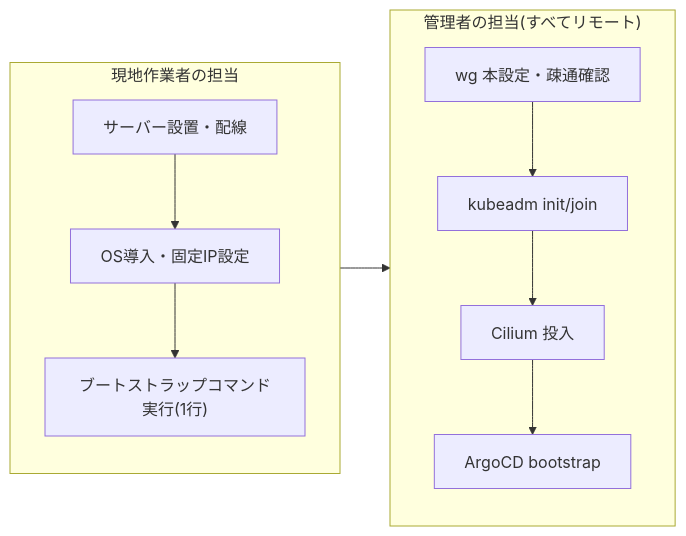
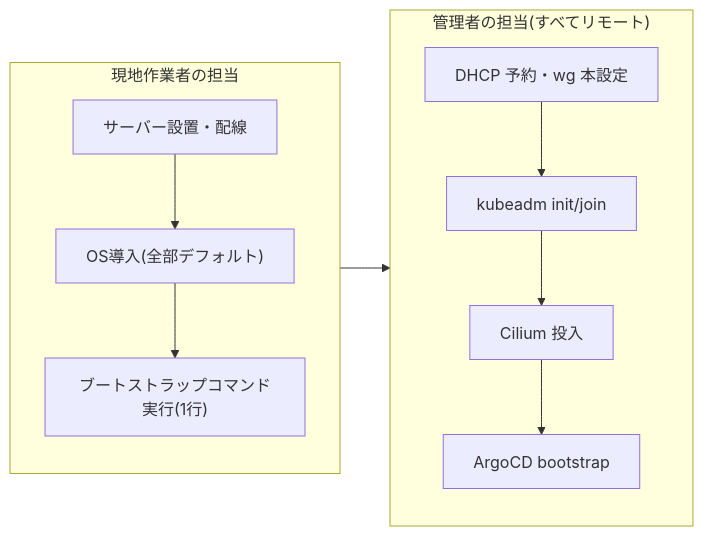
Before and after one commit to morinoparty/moripa-infra: the second of 2 diagrams in docs/content/docs/admin/index.mdx, drawn with Mermaid. The commit also changed other lines of this file and 15 other files, not shown here.

````diff
--- a/docs/content/docs/admin/index.mdx
+++ b/docs/content/docs/admin/index.mdx
@@ -39,10 +40,10 @@
 ```mermaid
 flowchart LR
     subgraph onsite["現地作業者の担当"]
-        H["サーバー設置・配線"] --> I["OS導入・固定IP設定"] --> J["ブートストラップコマンド実行(1行)"]
+        H["サーバー設置・配線"] --> I["OS導入(全部デフォルト)"] --> J["ブートストラップコマンド実行(1行)"]
     end
     subgraph remote["管理者の担当(すべてリモート)"]
-        K["wg 本設定・疎通確認"] --> L["kubeadm init/join"] --> M["Cilium 投入"] --> N["ArgoCD bootstrap"]
+        K["DHCP 予約・wg 本設定"] --> L["kubeadm init/join"] --> M["Cilium 投入"] --> N["ArgoCD bootstrap"]
     end
     onsite --> remote
 ```
````
